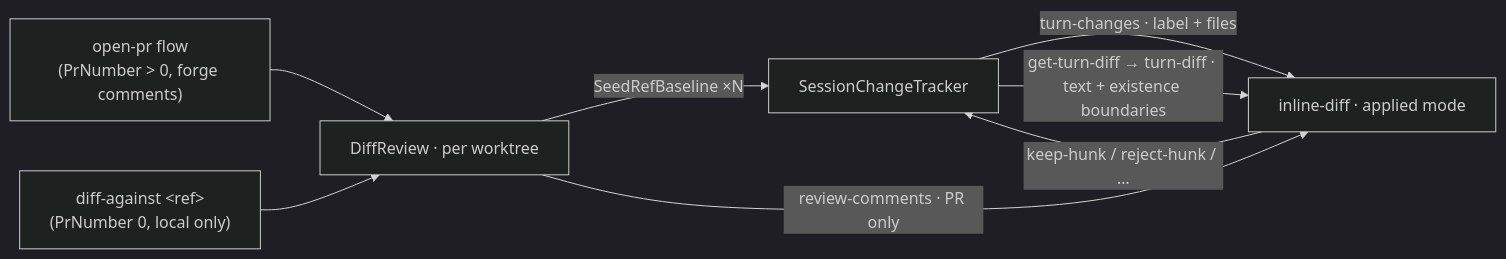
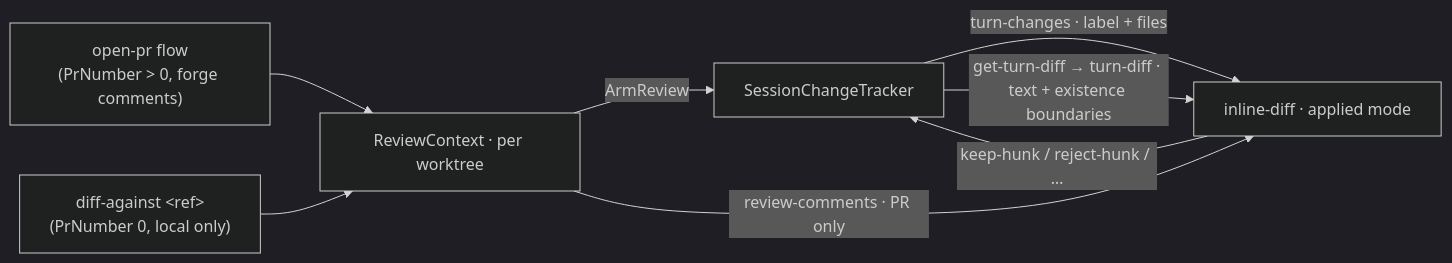
Before and after one commit to Kapps/weavie: the diagram in docs/specs/diff-against.md, drawn with Mermaid (dark theme). The commit also changed other lines of this file and 46 other files, not shown here.

````diff
--- a/docs/specs/diff-against.md
+++ b/docs/specs/diff-against.md
@@ -63,10 +62,10 @@
 ```mermaid
 flowchart LR
-  PR["open-pr flow<br/>(PrNumber > 0, forge comments)"] --> R[DiffReview · per worktree]
+  PR["open-pr flow<br/>(PrNumber > 0, forge comments)"] --> R[ReviewContext · per worktree]
   DA["diff-against &lt;ref&gt;<br/>(PrNumber 0, local only)"] --> R
-  R -->|SeedRefBaseline ×N| T[SessionChangeTracker]
+  R -->|ArmReview| T[SessionChangeTracker]
   T -->|turn-changes · label + files| Web[inline-diff · applied mode]
   T -->|get-turn-diff → turn-diff · text + existence boundaries| Web
   R -->|review-comments · PR only| Web
   Web -->|keep-hunk / reject-hunk / … | T
 ```
````
